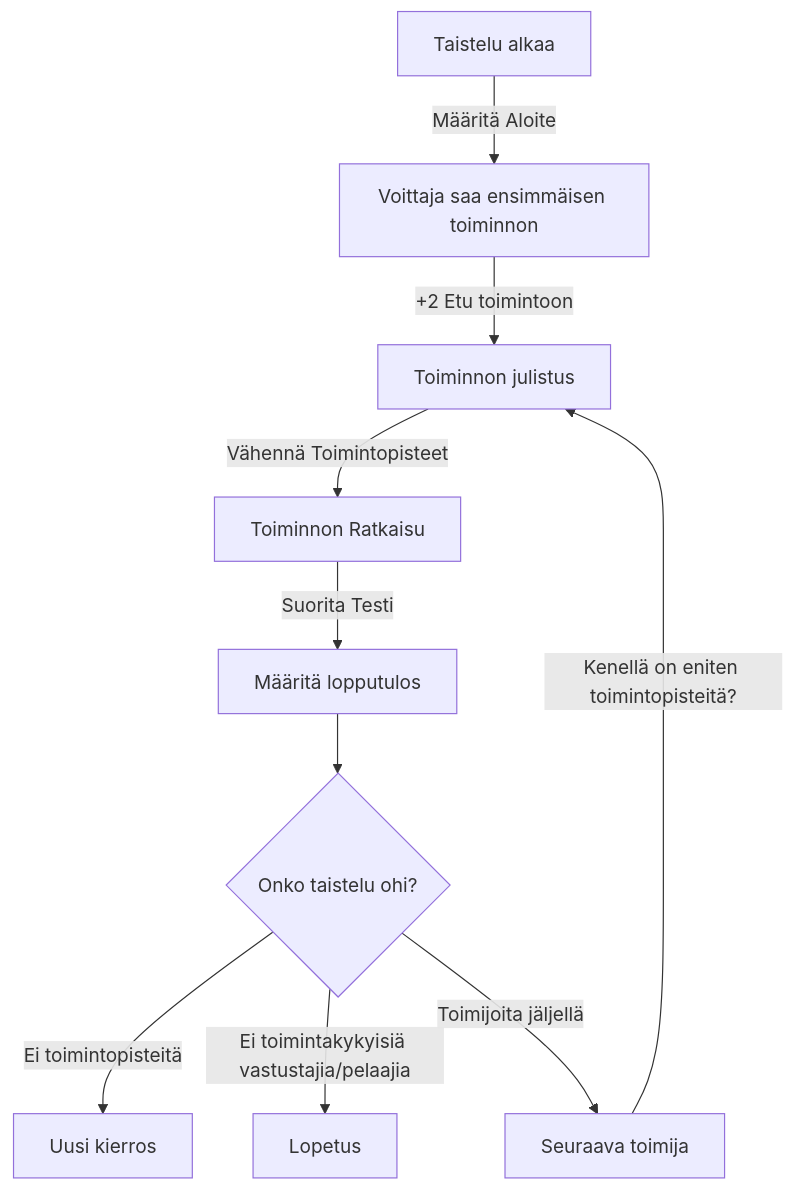
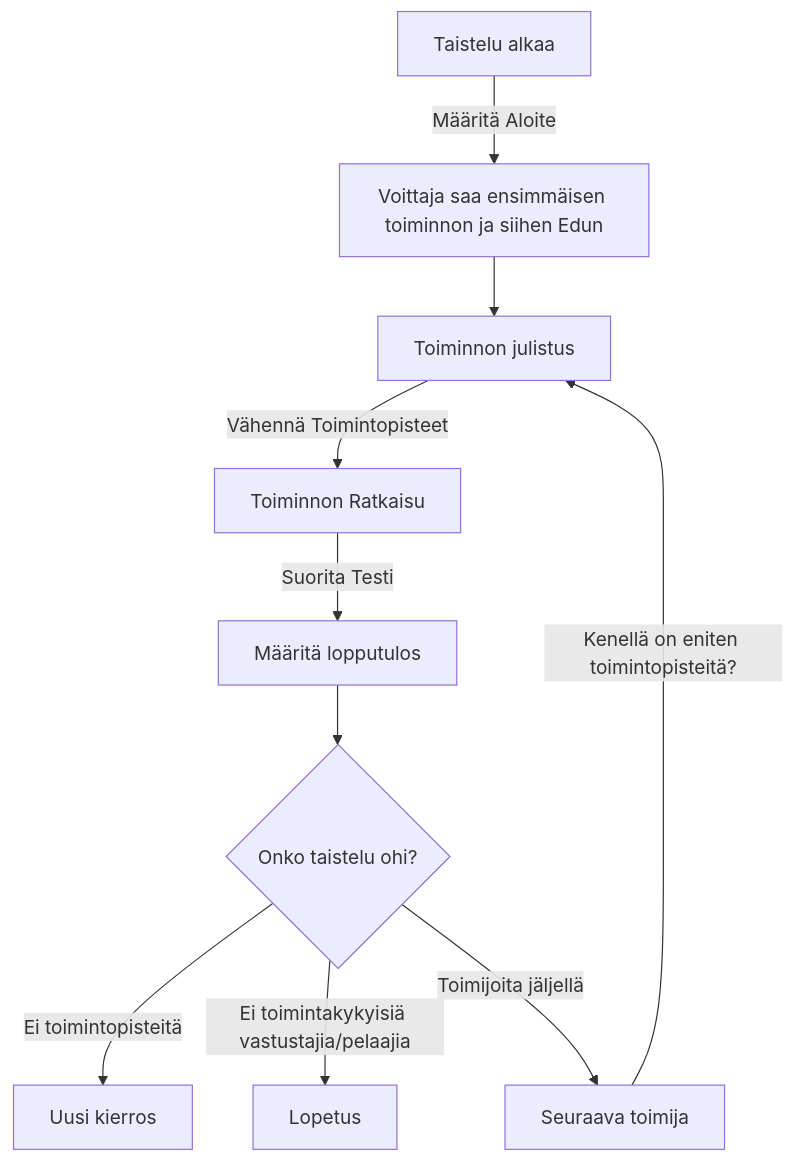
One commit to catmorbid/publish_utopia_rpg changed the diagram in docs/players-guide/02-Mekaniikka/Taistelut/Taistelukierrokset.md. Above: the diagram before and after it, drawn with Mermaid. The commit also changed other lines of this file and 45 other files, not shown here.

````diff
--- a/docs/players-guide/02-Mekaniikka/Taistelut/Taistelukierrokset.md
+++ b/docs/players-guide/02-Mekaniikka/Taistelut/Taistelukierrokset.md
@@ -12,12 +16,14 @@
 ```mermaid
 flowchart TD
     A[Taistelu alkaa] -->|Määritä Aloite| B
-    B[Voittaja saa ensimmäisen toiminnon] -->|+2 Etu toimintoon| C
-    C[Toiminnon julistus] -->|Vähennä Toimintopisteet| D[Toiminnon Ratkaisu]
-    D -->|Suorita Testi| E[Määritä lopputulos]
-    E -->F{Onko taistelu ohi?}
-    F -->|Ei toimintopisteitä|H[Uusi kierros]
-    F -->|Ei toimintakykyisiä vastustajia/pelaajia|I[Lopetus]
-    F -->|Toimijoita jäljellä|G[Seuraava toimija]
-    G -->|Kenellä on eniten toimintopisteitä?|C
+    B[Voittaja saa ensimmäisen toiminnon ja siihen Edun] --> C
+    C[Toiminnon julistus] -->|Vähennä Toimintopisteet| D
+    D[Toiminnon Ratkaisu] -->|Suorita Testi| E
+    E[Määritä lopputulos] -->F
+    F{Onko taistelu ohi?} -->|Ei toimintopisteitä| H
+    F -->|Ei toimintakykyisiä vastustajia/pelaajia| I
+    F -->|Toimijoita jäljellä| G
+    G[Seuraava toimija] -->|Kenellä on eniten toimintopisteitä?| C
+    H[Uusi kierros]
+    I[Lopetus]
 ```
````
